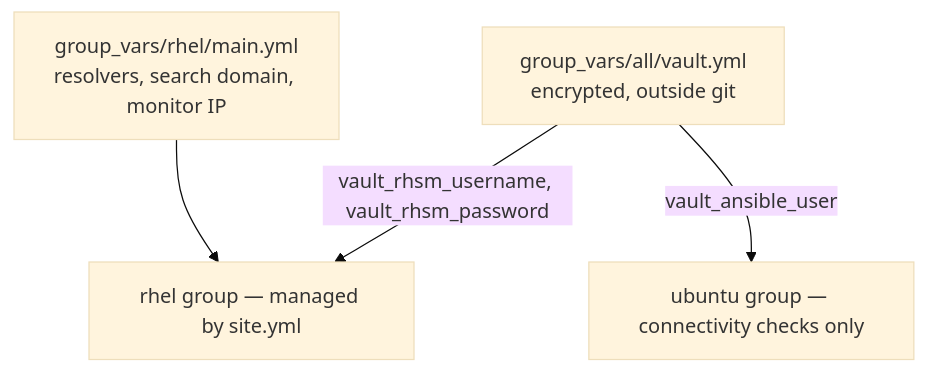
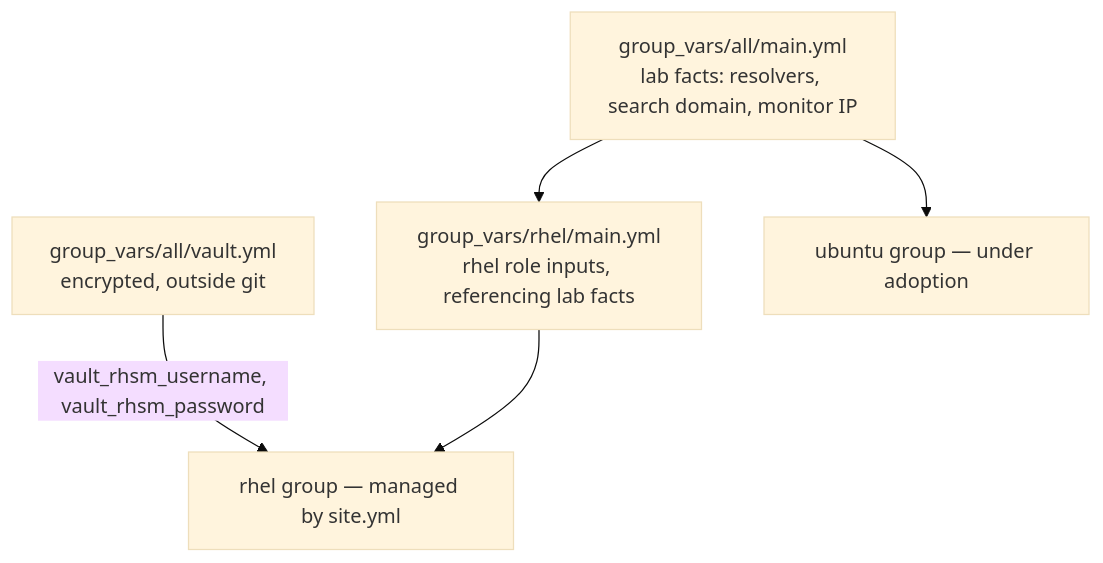
One commit to eugeneivanov-dev/ansible changed the diagram in README.md. Above: the diagram before and after it, drawn with Mermaid (base theme). The commit also changed other lines of this file, not shown here.

````diff
--- a/README.md
+++ b/README.md
@@ -39,11 +39,13 @@
 ```mermaid
 flowchart TB
     vault["group_vars/all/vault.yml<br/>encrypted, outside git"]
-    rhel_vars["group_vars/rhel/main.yml<br/>resolvers, search domain, monitor IP"]
+    lab_facts["group_vars/all/main.yml<br/>lab facts: resolvers, search domain, monitor IP"]
+    rhel_vars["group_vars/rhel/main.yml<br/>rhel role inputs, referencing lab facts"]
     rhel["rhel group — managed by site.yml"]
-    ubuntu["ubuntu group — connectivity checks only"]
+    ubuntu["ubuntu group — under adoption"]
 
     vault -- "vault_rhsm_username, vault_rhsm_password" --> rhel
-    vault -- "vault_ansible_user" --> ubuntu
+    lab_facts --> rhel_vars
+    lab_facts --> ubuntu
     rhel_vars --> rhel
 ```
````
